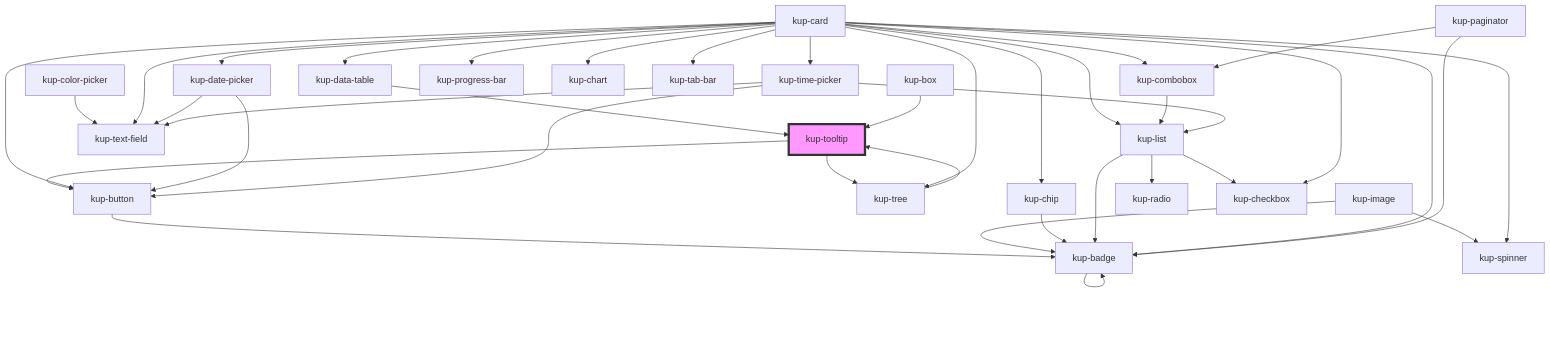
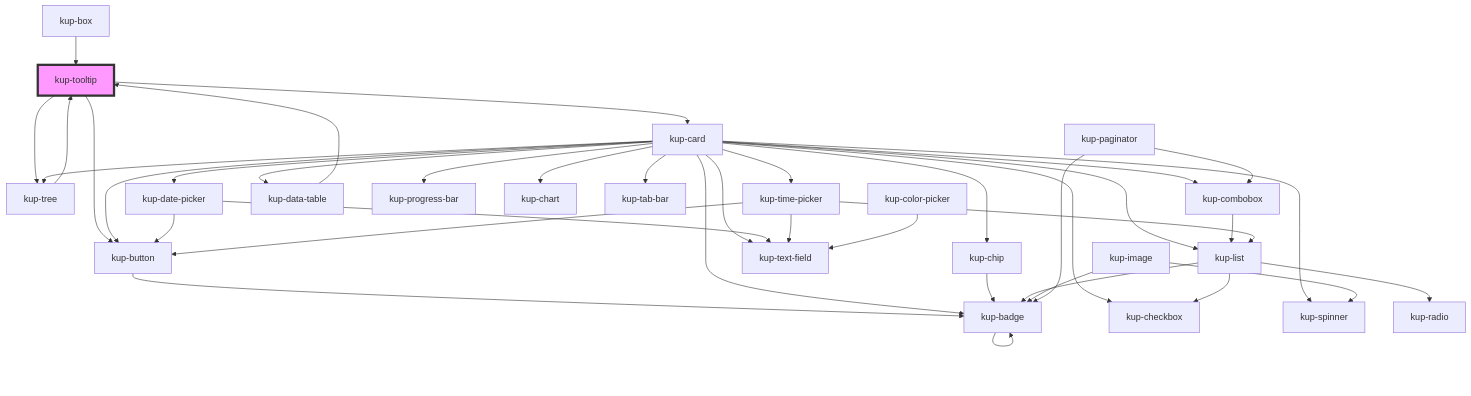
Before and after one commit to smeup/ketchup: the diagram in packages/ketchup/src/components/kup-tooltip/readme.md, drawn with Mermaid. The commit also changed other lines of this file and 9 other files, not shown here.

````diff
--- a/packages/ketchup/src/components/kup-tooltip/readme.md
+++ b/packages/ketchup/src/components/kup-tooltip/readme.md
@@ -97,41 +98,42 @@
 ```mermaid
 graph TD;
   kup-tooltip --> kup-button
+  kup-tooltip --> kup-card
   kup-tooltip --> kup-tree
   kup-button --> kup-badge
   kup-badge --> kup-badge
-  kup-tree --> kup-tooltip
-  kup-image --> kup-spinner
-  kup-image --> kup-badge
-  kup-chip --> kup-badge
-  kup-color-picker --> kup-text-field
-  kup-list --> kup-radio
-  kup-list --> kup-checkbox
-  kup-list --> kup-badge
   kup-card --> kup-chip
   kup-card --> kup-badge
   kup-card --> kup-button
   kup-card --> kup-checkbox
   kup-card --> kup-combobox
   kup-card --> kup-date-picker
   kup-card --> kup-text-field
   kup-card --> kup-time-picker
   kup-card --> kup-data-table
   kup-card --> kup-list
   kup-card --> kup-progress-bar
   kup-card --> kup-chart
   kup-card --> kup-tab-bar
   kup-card --> kup-tree
   kup-card --> kup-spinner
+  kup-chip --> kup-badge
   kup-combobox --> kup-list
+  kup-list --> kup-radio
+  kup-list --> kup-checkbox
+  kup-list --> kup-badge
   kup-date-picker --> kup-text-field
   kup-date-picker --> kup-button
   kup-time-picker --> kup-text-field
   kup-time-picker --> kup-button
   kup-time-picker --> kup-list
   kup-data-table --> kup-tooltip
+  kup-image --> kup-spinner
+  kup-image --> kup-badge
+  kup-color-picker --> kup-text-field
   kup-paginator --> kup-combobox
   kup-paginator --> kup-badge
+  kup-tree --> kup-tooltip
   kup-box --> kup-tooltip
   style kup-tooltip fill:#f9f,stroke:#333,stroke-width:4px
 ```
````
